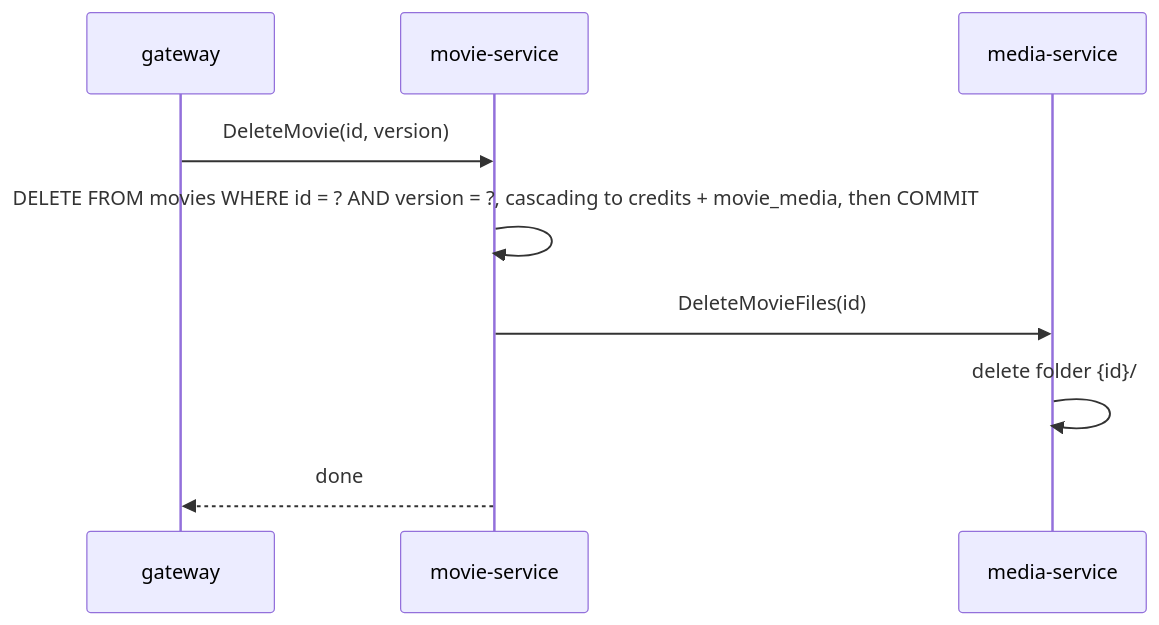
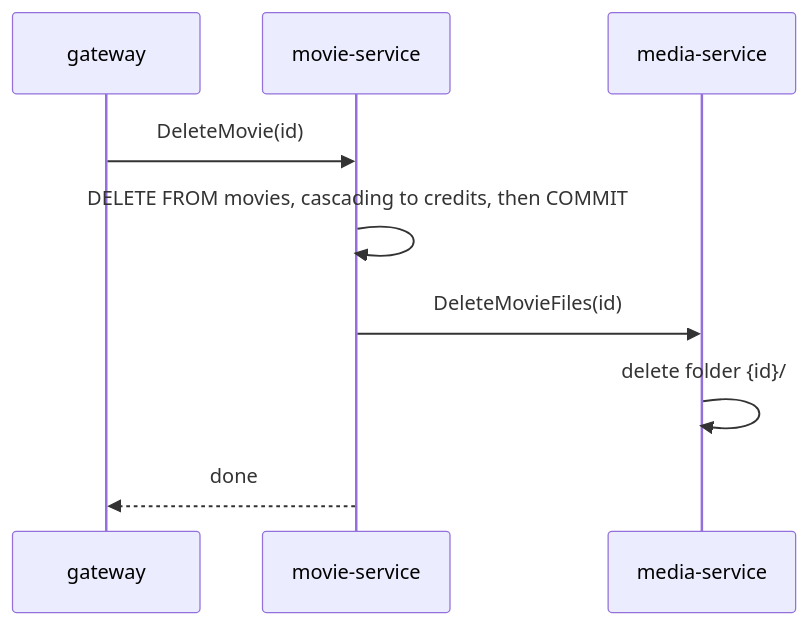
The fifth of 6 diagrams in docs/backend-design.md (dancepop/svelte-kotlin-try), drawn with Mermaid before and after one commit. The commit also changed other lines of this file and 67 other files, not shown here.

````diff
--- a/docs/backend-design.md
+++ b/docs/backend-design.md
@@ -262,11 +187,11 @@
 ```mermaid
 sequenceDiagram
   participant G as gateway
   participant V as movie-service
   participant M as media-service
-  G->>V: DeleteMovie(id, version)
-  V->>V: DELETE FROM movies WHERE id = ? AND version = ?, cascading to credits + movie_media, then COMMIT
+  G->>V: DeleteMovie(id)
+  V->>V: DELETE FROM movies, cascading to credits, then COMMIT
   V->>M: DeleteMovieFiles(id)
   M->>M: delete folder {id}/
   V-->>G: done
 ```
````
